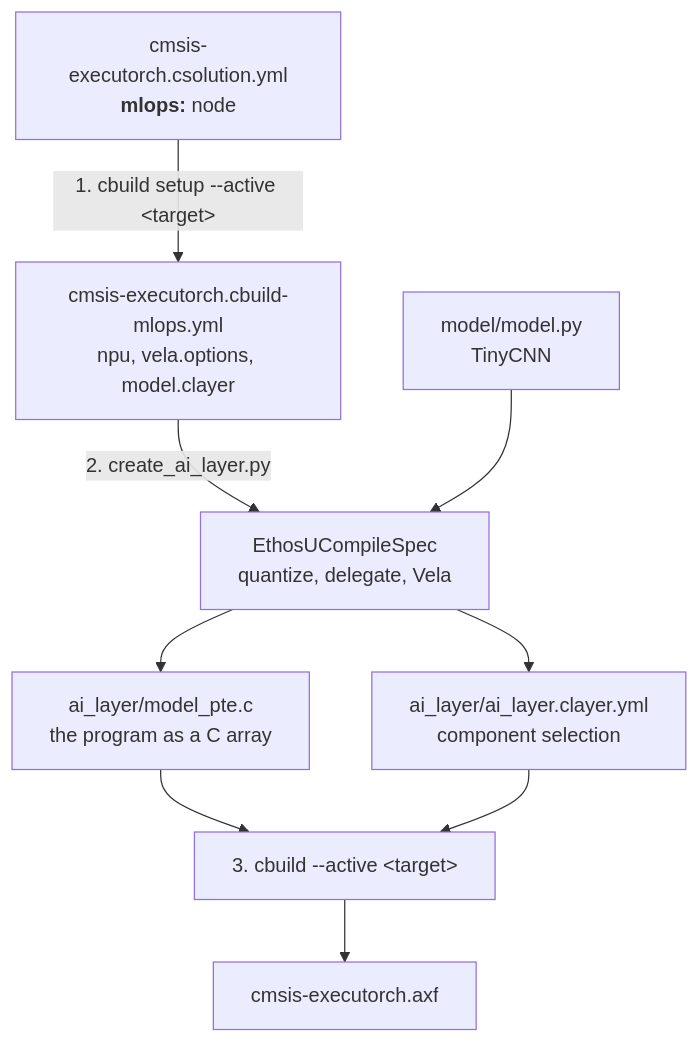
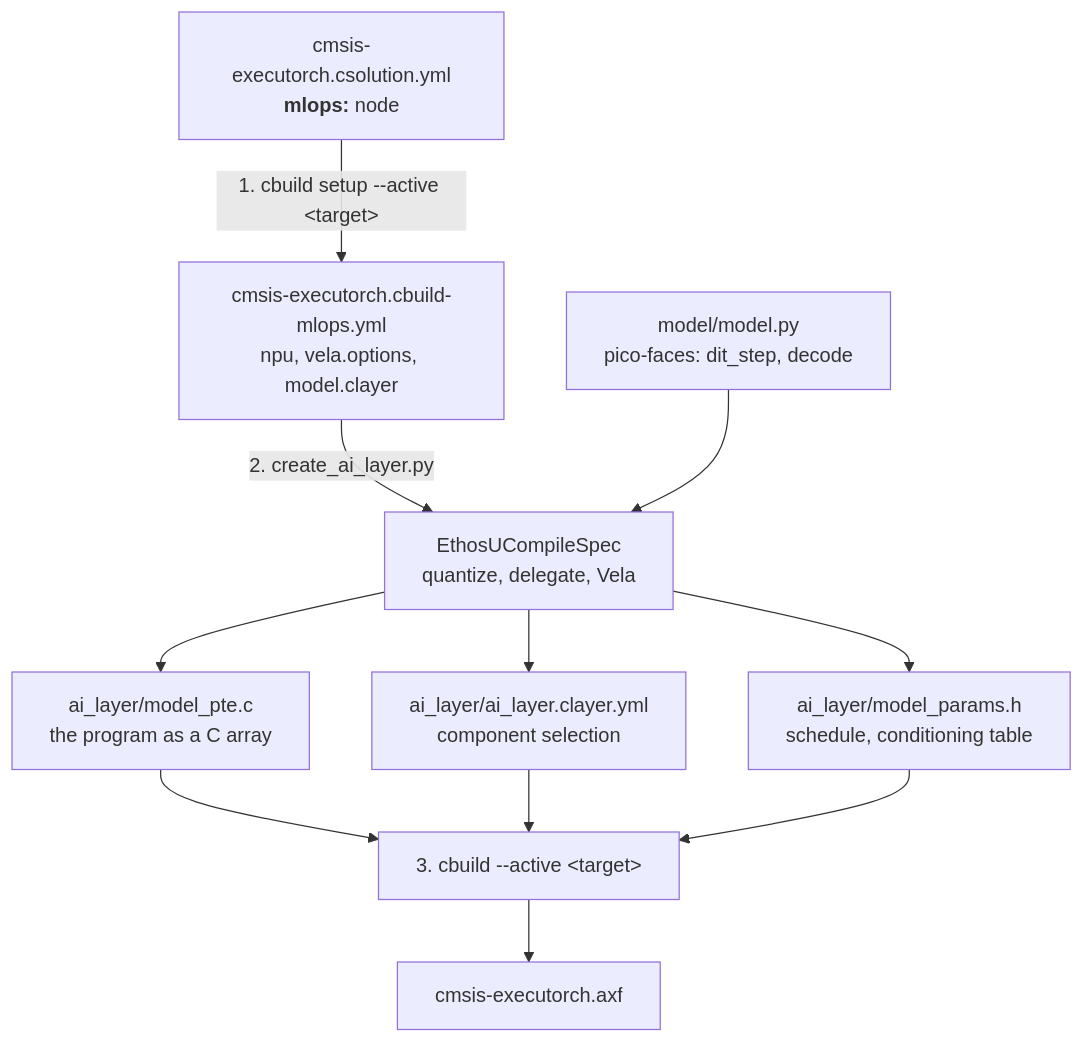
One commit to Arm-Examples/CMSIS-Executorch changed the diagram in documentation/mlops-flow.md. Above: the diagram before and after it, drawn with Mermaid. The commit also changed other lines of this file and 40 other files, not shown here.

````diff
--- a/documentation/mlops-flow.md
+++ b/documentation/mlops-flow.md
@@ -9,11 +9,13 @@
 ```mermaid
 flowchart TD
     A["cmsis-executorch.csolution.yml<br/><b>mlops:</b> node"] -->|"1. cbuild setup --active &lt;target&gt;"| B["cmsis-executorch.cbuild-mlops.yml<br/>npu, vela.options, model.clayer"]
     B -->|"2. create_ai_layer.py"| C["EthosUCompileSpec<br/>quantize, delegate, Vela"]
-    D["model/model.py<br/>TinyCNN"] --> C
+    D["model/model.py<br/>pico-faces: dit_step, decode"] --> C
     C --> E["ai_layer/model_pte.c<br/>the program as a C array"]
     C --> F["ai_layer/ai_layer.clayer.yml<br/>component selection"]
+    C --> P["ai_layer/model_params.h<br/>schedule, conditioning table"]
     E --> G["3. cbuild --active &lt;target&gt;"]
     F --> G
+    P --> G
     G --> H["cmsis-executorch.axf"]
 ```
````
